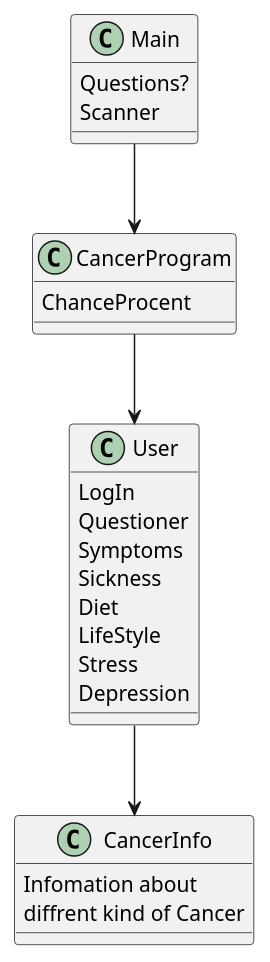
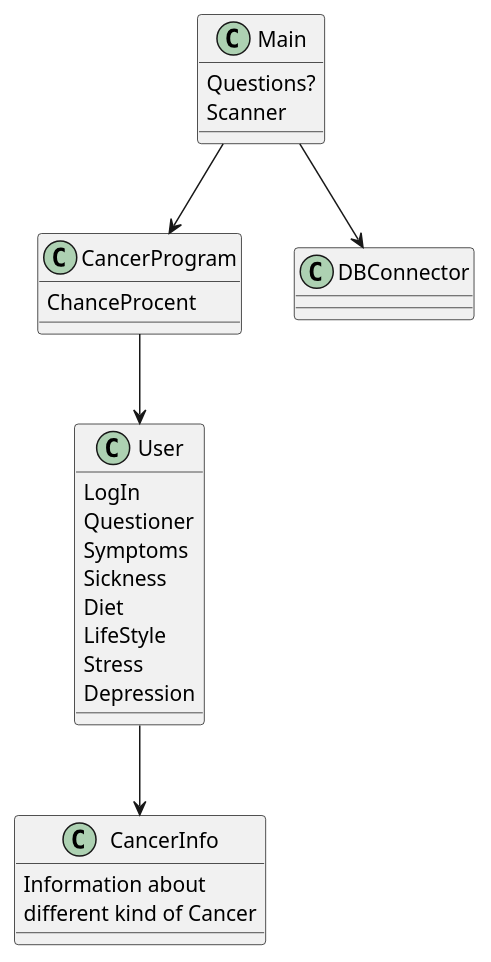
Before and after one commit to Fjumre/ICE-Gruppe-F: the diagram in src/ICE Gruppe F.puml, drawn with PlantUML.

Commit message:
Update ICE Gruppe F.puml

```diff
--- a/src/ICE Gruppe F.puml
+++ b/src/ICE Gruppe F.puml
@@ -1,34 +1,37 @@
 @startuml
 'https://plantuml.com/sequence-diagram
 
 
 
 Class Main{
 Questions?
 Scanner
 }
 Class CancerProgram{
 ChanceProcent
 
 }
 Class User{
 LogIn
 Questioner
 Symptoms
 Sickness
 Diet
 LifeStyle
 Stress
 Depression
 }
 Class CancerInfo{
-Infomation about
-diffrent kind of Cancer
+Information about
+different kind of Cancer
 
 }
 
+Class DBConnector
+
+Main --> DBConnector
 Main-->CancerProgram
 CancerProgram-->User
 User-->CancerInfo
 
 @enduml
```
